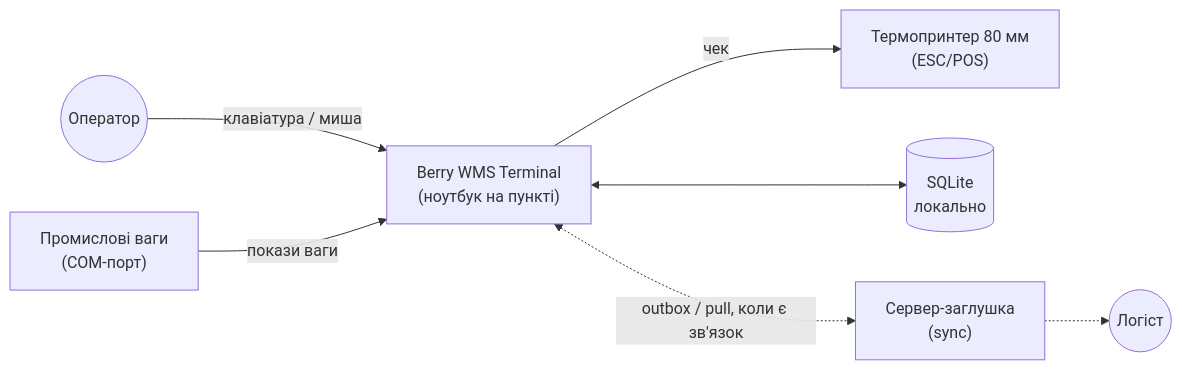
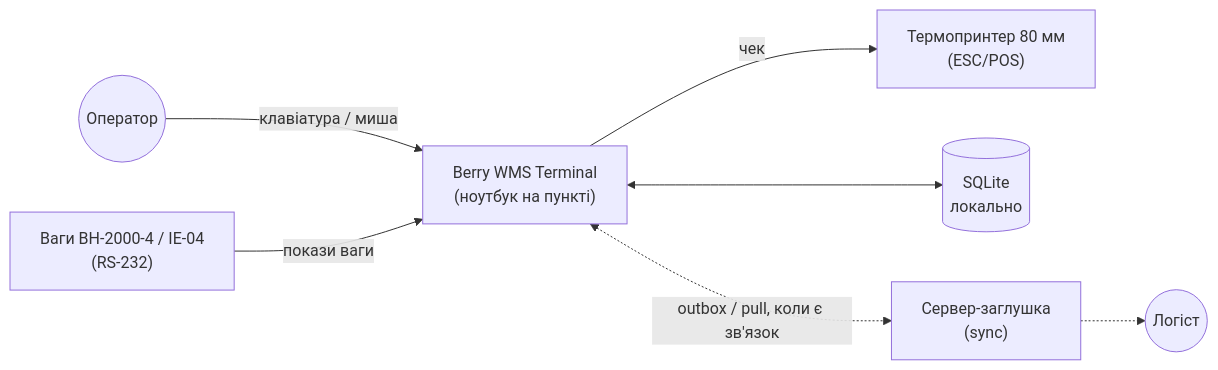
The first of 3 diagrams in docs/architecture.md (IsNazarii/Berry-WMS-Terminal), drawn with Mermaid before and after one commit. The commit also changed other lines of this file and 7 other files, not shown here.

````diff
--- a/docs/architecture.md
+++ b/docs/architecture.md
@@ -8,17 +8,17 @@
 ```mermaid
 flowchart LR
     OP(("Оператор"))
-    SC["Промислові ваги<br/>(COM-порт)"]
+    SC["Ваги ВН-2000-4 / ІЕ-04<br/>(RS-232)"]
     PR["Термопринтер 80 мм<br/>(ESC/POS)"]
     T["Berry WMS Terminal<br/>(ноутбук на пункті)"]
     DB[("SQLite<br/>локально")]
     SRV["Сервер-заглушка<br/>(sync)"]
     LOG(("Логіст"))
 
     OP -- "клавіатура / миша" --> T
     SC -- "покази ваги" --> T
     T -- "чек" --> PR
     T <--> DB
     T <-. "outbox / pull, коли є зв'язок" .-> SRV
     SRV -.-> LOG
 ```
````
